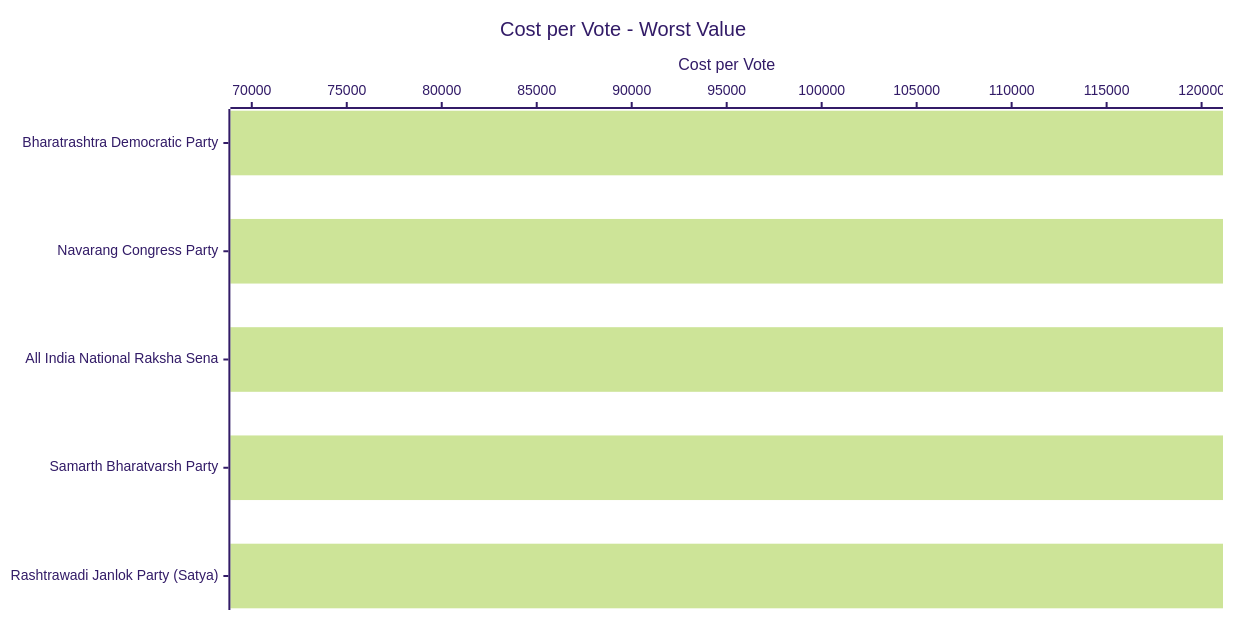
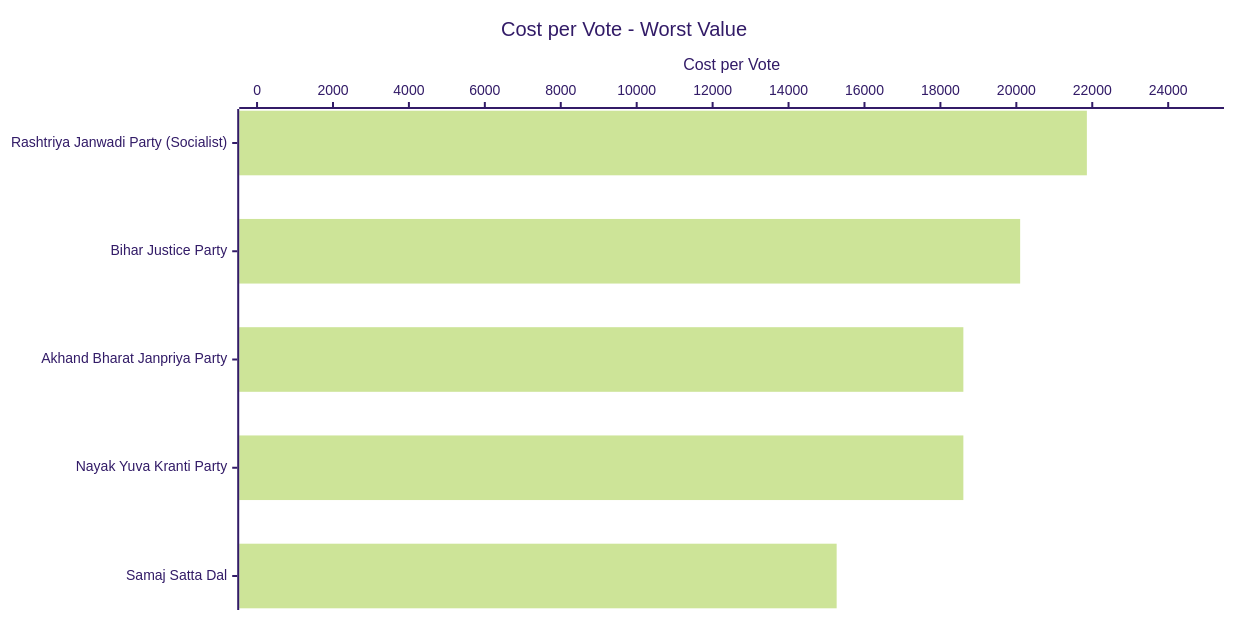
One commit to arjunswaj/elections changed diagram 19 of 23 in BIHAR-GRAPH.md. Above: the diagram before and after it, drawn with Mermaid (forest theme). The commit also changed other lines of this file and 4 other files, not shown here.

````diff
--- a/BIHAR-GRAPH.md
+++ b/BIHAR-GRAPH.md
@@ -388,17 +388,17 @@
 ```mermaid
 ---
 config:
     xyChart:
         width: 1200
         height: 600
         chartOrientation: horizontal
         dataLabels:
             enabled: true
             placement: end
 ---
 xychart-beta
     title "Cost per Vote - Worst Value"
-    x-axis ["Bharatrashtra Democratic Party", "Navarang Congress Party", "All India National Raksha Sena", "Samarth Bharatvarsh Party", "Rashtrawadi Janlok Party (Satya)"]
-    y-axis "Cost per Vote" 70000 --> 120000
-    bar [1000000.0000, 222222.2222, 200000.0000, 181818.1818, 163265.3061]
+    x-axis ["Rashtriya Janwadi Party (Socialist)", "Bihar Justice Party", "Akhand Bharat Janpriya Party", "Nayak Yuva Kranti Party", "Samaj Satta Dal"]
+    y-axis "Cost per Vote" 0 --> 25000
+    bar [21857.9235, 20100.5025, 18604.6512, 18604.6512, 15267.1756]
 ```
````
